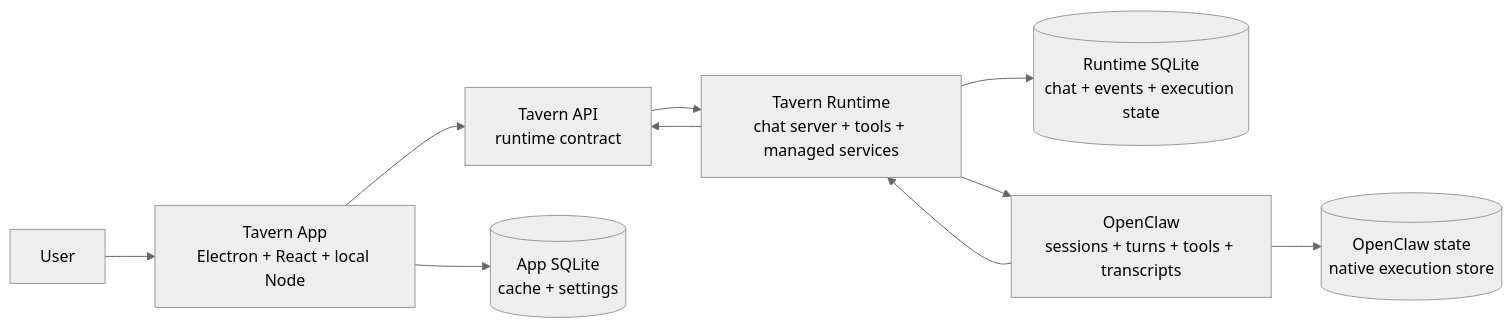
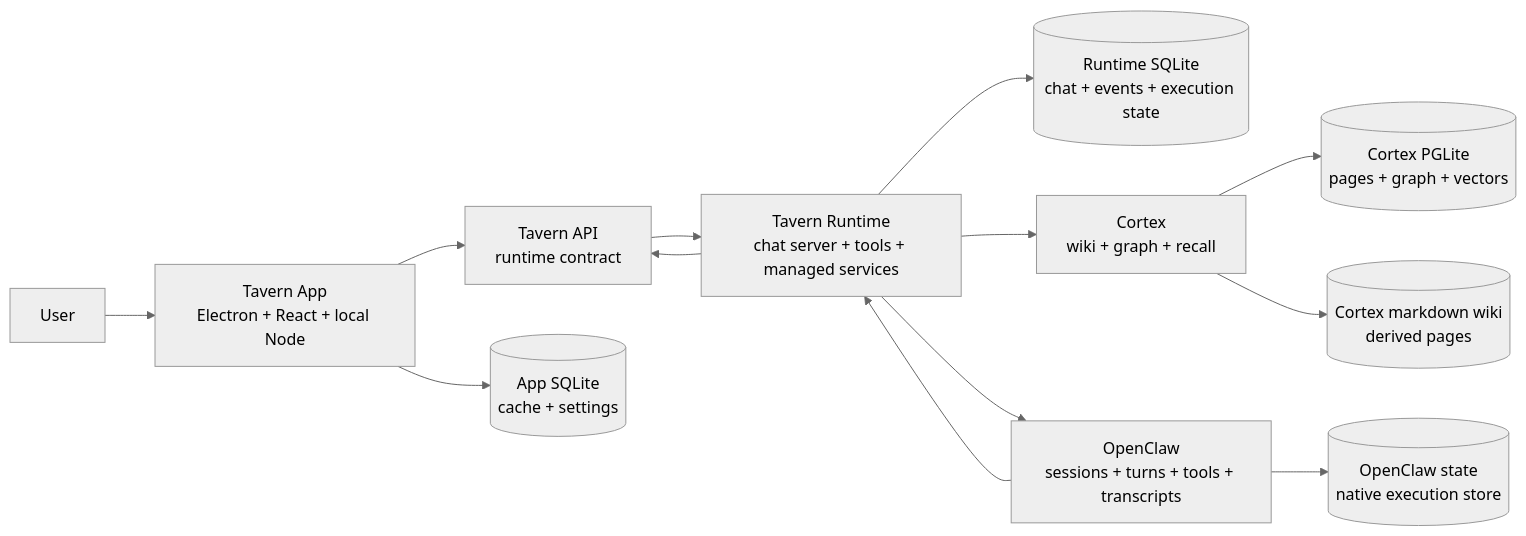
The diagram in docs/internals/architecture-overview.md (zknicker/tavern), drawn with Mermaid (neutral theme) before and after one commit. The commit also changed other lines of this file and 180 other files, not shown here.

````diff
--- a/docs/internals/architecture-overview.md
+++ b/docs/internals/architecture-overview.md
@@ -15,21 +15,27 @@
 ```mermaid
 flowchart LR
     user[User]
     app[Tavern App<br/>Electron + React + local Node]
     api[Tavern API<br/>runtime contract]
     appdb[(App SQLite<br/>cache + settings)]
     runtime[Tavern Runtime<br/>chat server + tools + managed services]
     runtimedb[(Runtime SQLite<br/>chat + events + execution state)]
+    cortexdb[(Cortex PGLite<br/>pages + graph + vectors)]
+    cortex[Cortex<br/>wiki + graph + recall]
+    cortexwiki[(Cortex markdown wiki<br/>derived pages)]
     openclaw[OpenClaw<br/>sessions + turns + tools + transcripts]
     openclawstate[(OpenClaw state<br/>native execution store)]
 
     user --> app
     app --> api
     api --> runtime
     app --> appdb
     runtime --> runtimedb
+    runtime --> cortex
+    cortex --> cortexdb
+    cortex --> cortexwiki
     runtime --> openclaw
     openclaw --> openclawstate
     openclaw --> runtime
     runtime --> api
 ```
````
